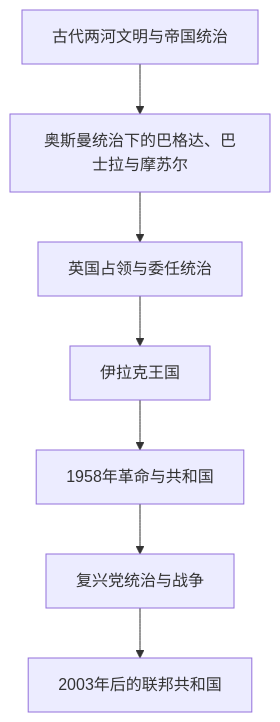
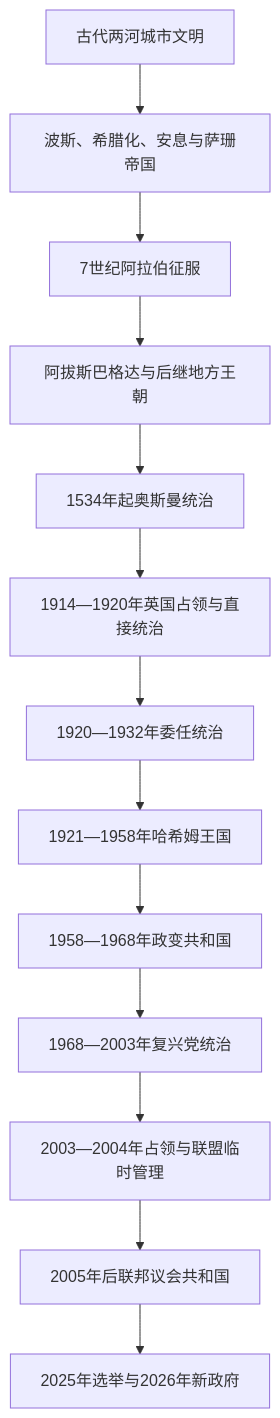
Before and after one commit to tianlan-dev/learning-notes: the diagram in 人文科学/历史/西亚/两河流域/伊拉克/README.md, drawn with Mermaid. The commit also changed other lines of this file and 1417 other files, not shown here.

````diff
--- a/人文科学/历史/西亚/两河流域/伊拉克/README.md
+++ b/人文科学/历史/西亚/两河流域/伊拉克/README.md
@@ -21,9 +17,15 @@
 ```mermaid
 flowchart TD
-    Ancient["古代两河文明与帝国统治"] --> Ottoman["奥斯曼统治下的巴格达、巴士拉与摩苏尔"]
-    Ottoman --> British["英国占领与委任统治"]
-    British --> Kingdom["伊拉克王国"]
-    Kingdom --> Republic["1958年革命与共和国"]
-    Republic --> Baath["复兴党统治与战争"]
-    Baath --> Post2003["2003年后的联邦共和国"]
+    A["古代两河城市文明"] --> E["波斯、希腊化、安息与萨珊帝国"]
+    E --> C["7世纪阿拉伯征服"]
+    C --> B["阿拔斯巴格达与后继地方王朝"]
+    B --> O["1534年起奥斯曼统治"]
+    O --> W["1914—1920年英国占领与直接统治"]
+    W --> M["1920—1932年委任统治"]
+    M --> K["1921—1958年哈希姆王国"]
+    K --> R["1958—1968年政变共和国"]
+    R --> BA["1968—2003年复兴党统治"]
+    BA --> CPA["2003—2004年占领与联盟临时管理"]
+    CPA --> F["2005年后联邦议会共和国"]
+    F --> N["2025年选举与2026年新政府"]
 ```
````
